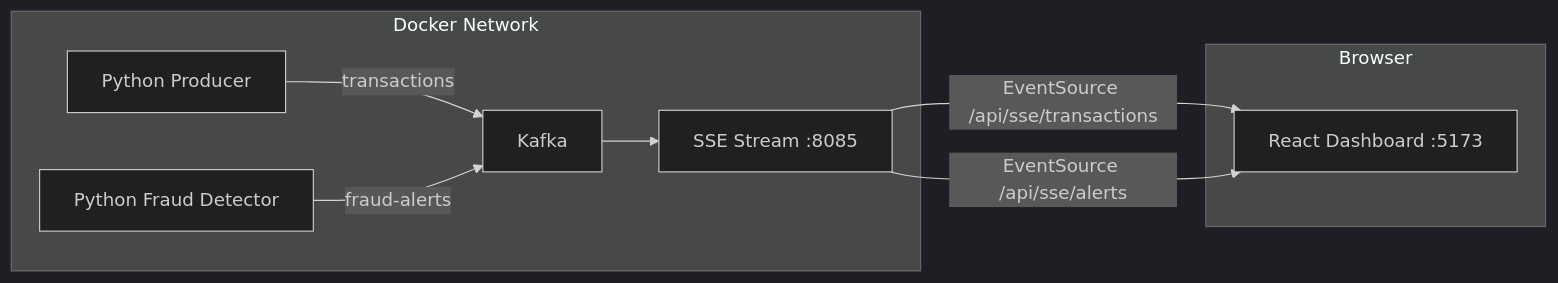
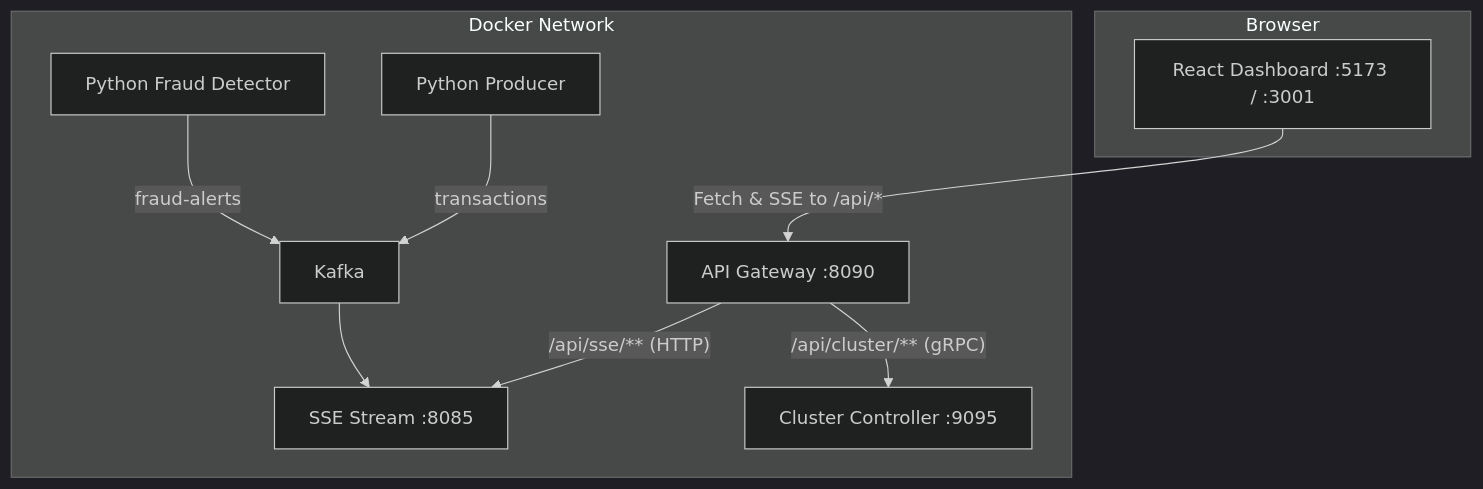
The diagram in documentation/dashboard_ui.md (Mathew270/Fraud-Detection), drawn with Mermaid (dark theme) before and after one commit. The commit also changed other lines of this file and 69 other files, not shown here.

````diff
--- a/documentation/dashboard_ui.md
+++ b/documentation/dashboard_ui.md
@@ -7,19 +7,23 @@
 ```mermaid
-graph LR
+graph TD
+    subgraph "Browser"
+        React["React Dashboard :5173 / :3001"]
+    end
+
     subgraph "Docker Network"
+        Gateway["API Gateway :8090"]
+        SSE["SSE Stream :8085"]
+        Controller["Cluster Controller :9095"]
         Producer["Python Producer"]
         Detector["Python Fraud Detector"]
         Kafka["Kafka"]
-        SSE["SSE Stream :8085"]
     end
 
-    subgraph "Browser"
-        React["React Dashboard :5173"]
-    end
-
+    React -->|"Fetch & SSE to /api/*"| Gateway
+    Gateway -->|"/api/sse/** (HTTP)"| SSE
+    Gateway -->|"/api/cluster/** (gRPC)"| Controller
+    
     Producer -->|transactions| Kafka
     Detector -->|fraud-alerts| Kafka
     Kafka --> SSE
-    SSE -->|"EventSource /api/sse/transactions"| React
-    SSE -->|"EventSource /api/sse/alerts"| React
 ```
````
